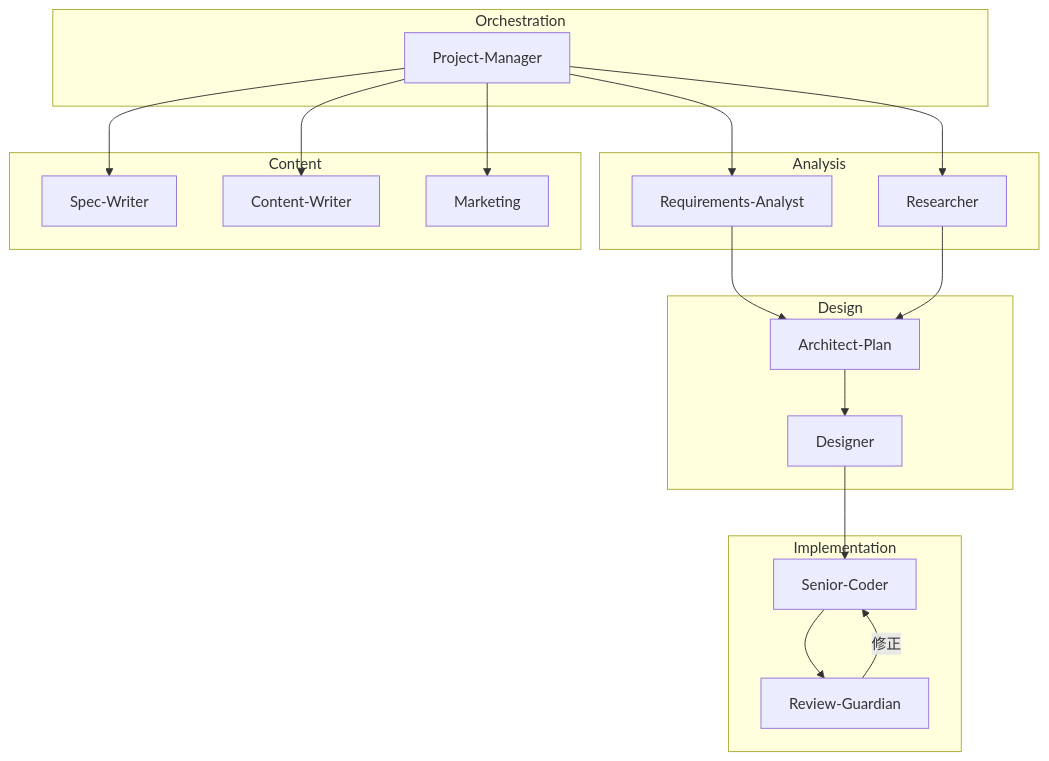
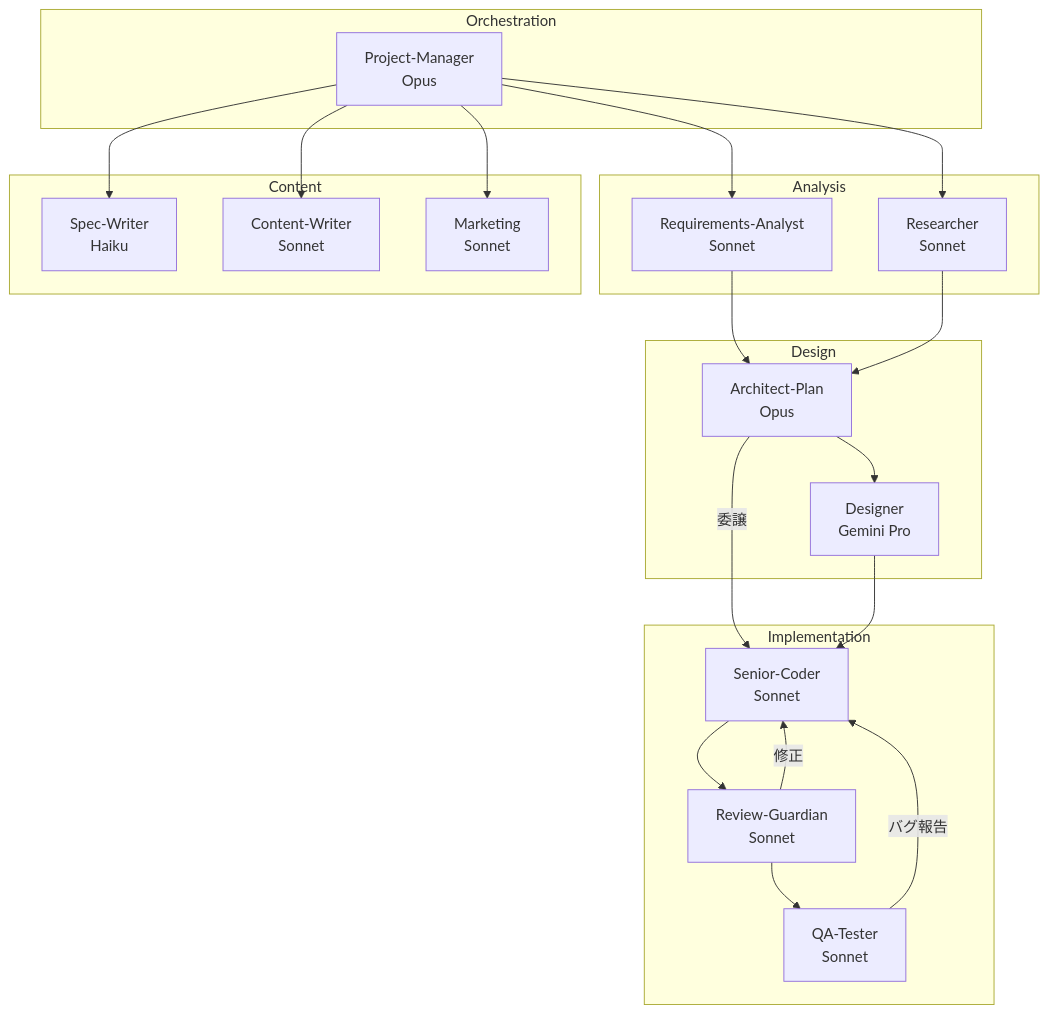
One commit to utanutan/project-template-dev changed the diagram in library/docs/GUILD_REFERENCE.md. Above: the diagram before and after it, drawn with Mermaid. The commit also changed other lines of this file and 2 other files, not shown here.

````diff
--- a/library/docs/GUILD_REFERENCE.md
+++ b/library/docs/GUILD_REFERENCE.md
@@ -9,39 +9,43 @@
 ```mermaid
 graph TB
     subgraph Orchestration
-        PM[Project-Manager]
+        PM[Project-Manager<br/>Opus]
     end
-    
+
     subgraph Analysis
-        RA[Requirements-Analyst]
-        RS[Researcher]
+        RA[Requirements-Analyst<br/>Sonnet]
+        RS[Researcher<br/>Sonnet]
     end
-    
+
     subgraph Design
-        AR[Architect-Plan]
-        DS[Designer]
+        AR[Architect-Plan<br/>Opus]
+        DS[Designer<br/>Gemini Pro]
     end
-    
+
     subgraph Implementation
-        SC[Senior-Coder]
-        RG[Review-Guardian]
+        SC[Senior-Coder<br/>Sonnet]
+        RG[Review-Guardian<br/>Sonnet]
+        QA[QA-Tester<br/>Sonnet]
     end
-    
+
     subgraph Content
-        SW[Spec-Writer]
-        CW[Content-Writer]
-        MK[Marketing]
+        SW[Spec-Writer<br/>Haiku]
+        CW[Content-Writer<br/>Sonnet]
+        MK[Marketing<br/>Sonnet]
     end
-    
+
     PM --> RA
     PM --> RS
     RA --> AR
     RS --> AR
     AR --> DS
+    AR -->|委譲| SC
     DS --> SC
     SC --> RG
     RG -->|修正| SC
+    RG --> QA
+    QA -->|バグ報告| SC
     PM --> SW
     PM --> CW
     PM --> MK
 ```
````
